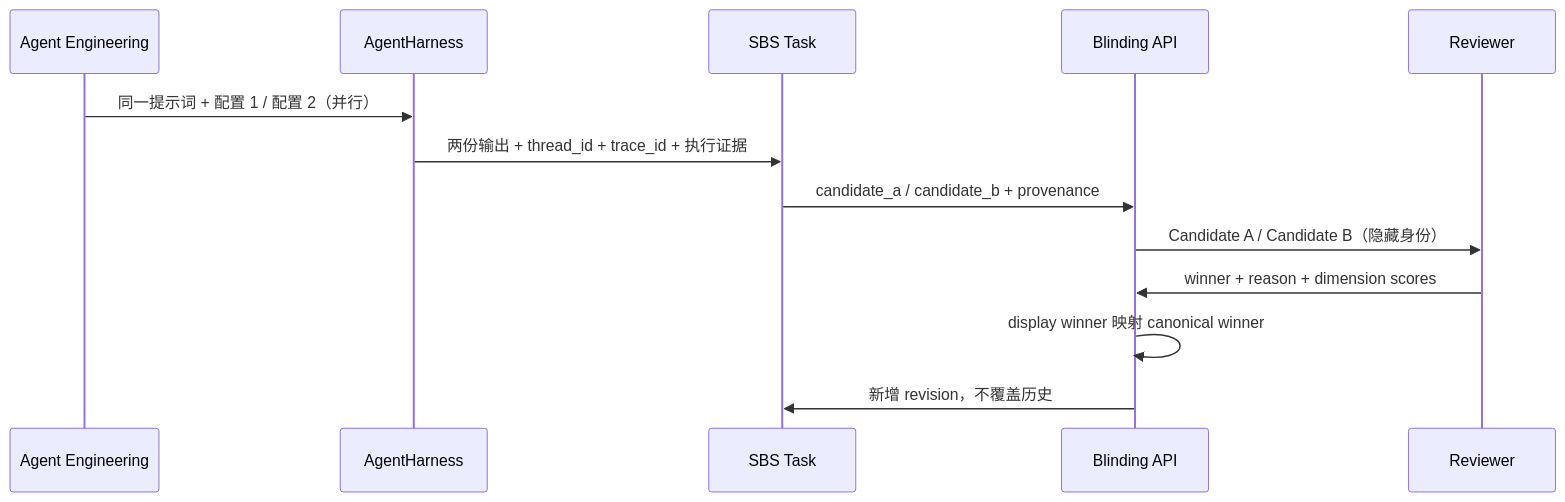
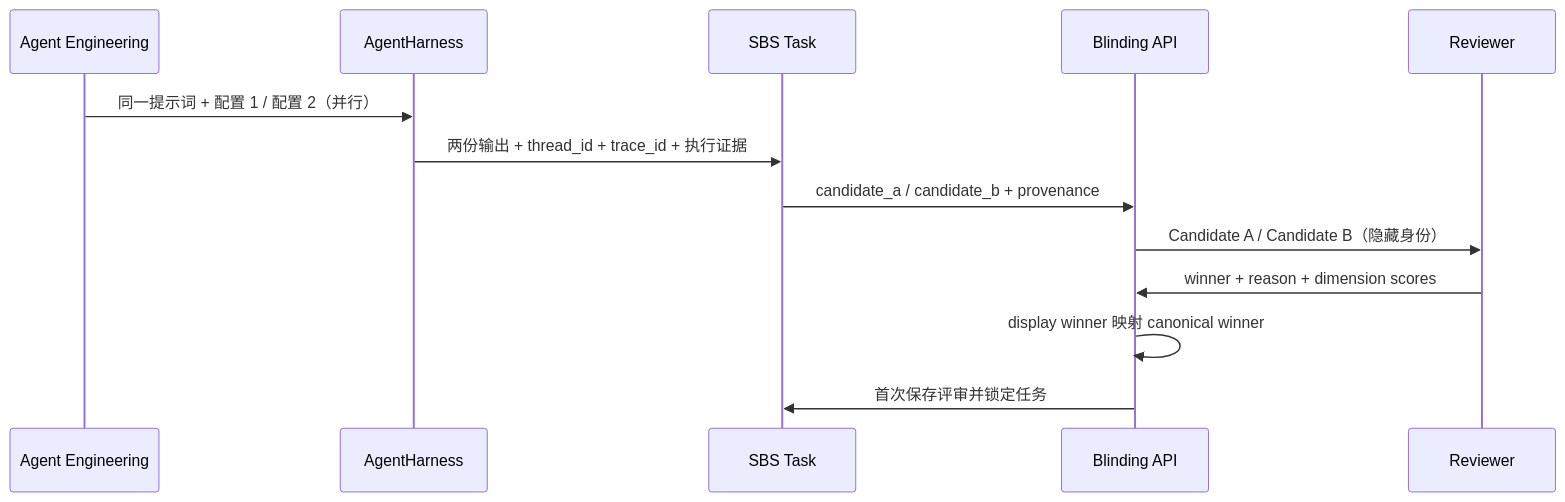
The fifth of 5 diagrams in Agent工程平台建设报告.md (YachuanWzh/huamulan-agent), drawn with Mermaid before and after one commit. The commit also changed other lines of this file and 10 other files, not shown here.

````diff
--- a/Agent工程平台建设报告.md
+++ b/Agent工程平台建设报告.md
@@ -395,15 +395,15 @@
 ```mermaid
 sequenceDiagram
     participant UI as Agent Engineering
     participant Harness as AgentHarness
     participant DB as SBS Task
     participant API as Blinding API
     participant Human as Reviewer
     UI->>Harness: 同一提示词 + 配置 1 / 配置 2（并行）
     Harness->>DB: 两份输出 + thread_id + trace_id + 执行证据
     DB->>API: candidate_a / candidate_b + provenance
     API->>Human: Candidate A / Candidate B（隐藏身份）
     Human->>API: winner + reason + dimension scores
     API->>API: display winner 映射 canonical winner
-    API->>DB: 新增 revision，不覆盖历史
+    API->>DB: 首次保存评审并锁定任务
 ```
````
